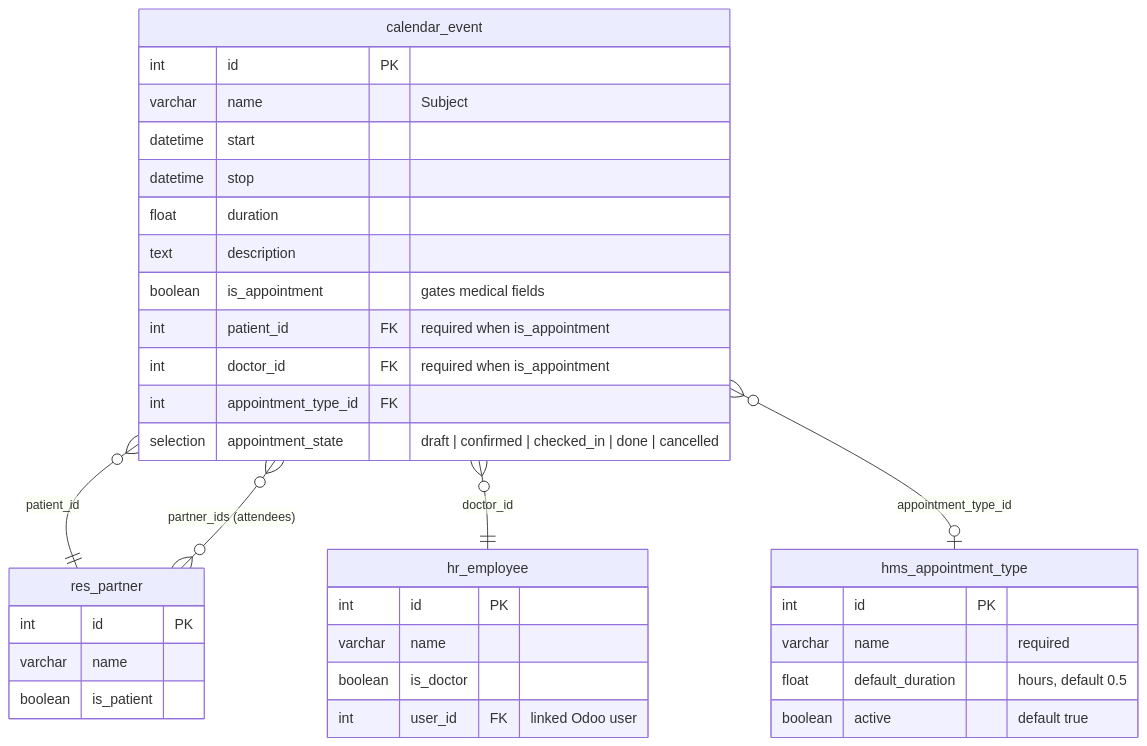
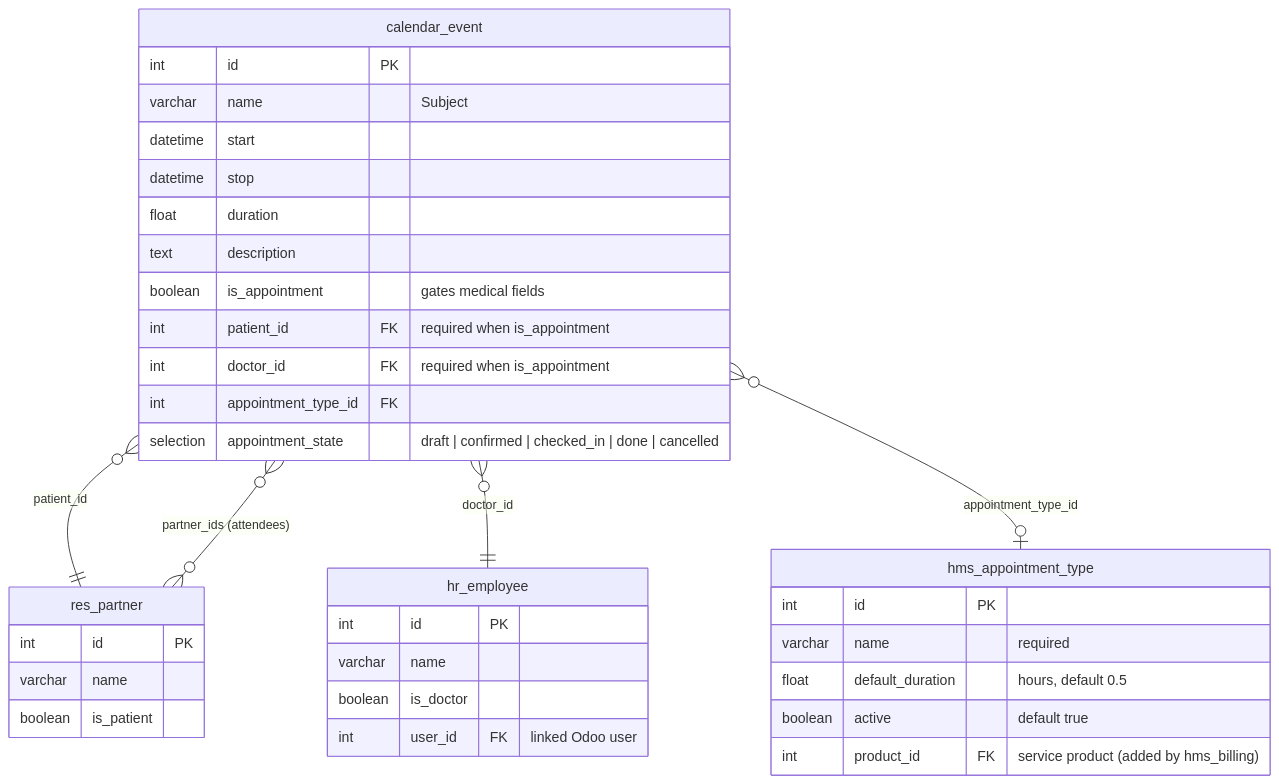
One commit to reichie020212/odoo-hospital changed the first of 2 diagrams in docs/guide/hms-appointment-erd.md. Above: the diagram before and after it, drawn with Mermaid. The commit also changed 2 other files, not shown here.

Commit message:
docs: add hms_billing ERD, update clinical and appointment ERDs with billing fields
- New docs/guide/hms-billing-erd.md: Mermaid ERD + billing workflow diagram
  for sale_order_id, billing_state, invoice_ids, and appointment_type.product_id.
- Updated hms-clinical-erd.md: added sale_order_id and billing_state on
  hms.consultation (added by hms_billing).
- Updated hms-appointment-erd.md: added product_id on hms.appointment.type
  (added by hms_billing).

````diff
--- a/docs/guide/hms-appointment-erd.md
+++ b/docs/guide/hms-appointment-erd.md
@@ -3,41 +3,42 @@
 ```mermaid
 erDiagram
     calendar_event {
         int id PK
         varchar name "Subject"
         datetime start
         datetime stop
         float duration
         text description
         boolean is_appointment "gates medical fields"
         int patient_id FK "required when is_appointment"
         int doctor_id FK "required when is_appointment"
         int appointment_type_id FK
         selection appointment_state "draft | confirmed | checked_in | done | cancelled"
     }
 
     res_partner {
         int id PK
         varchar name
         boolean is_patient
     }
 
     hr_employee {
         int id PK
         varchar name
         boolean is_doctor
         int user_id FK "linked Odoo user"
     }
 
     hms_appointment_type {
         int id PK
         varchar name "required"
         float default_duration "hours, default 0.5"
         boolean active "default true"
+        int product_id FK "service product (added by hms_billing)"
     }
 
     calendar_event }o--|| res_partner : "patient_id"
     calendar_event }o--|| hr_employee : "doctor_id"
     calendar_event }o--o| hms_appointment_type : "appointment_type_id"
     calendar_event }o--o{ res_partner : "partner_ids (attendees)"
 ```
````
